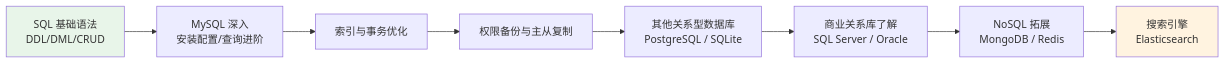
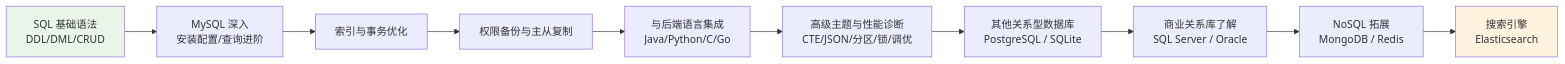
The diagram in 数据库/数据库目录.md (missercatos/RootStack), drawn with Mermaid before and after one commit. The commit also changed other lines of this file and 12 other files, not shown here.

````diff
--- a/数据库/数据库目录.md
+++ b/数据库/数据库目录.md
@@ -28,12 +28,14 @@
 ```mermaid
 flowchart LR
     A[SQL 基础语法<br>DDL/DML/CRUD] --> B[MySQL 深入<br>安装配置/查询进阶]
     B --> C[索引与事务优化]
     C --> D[权限备份与主从复制]
-    D --> E[其他关系型数据库<br>PostgreSQL / SQLite]
+    D --> D2[与后端语言集成<br>Java/Python/C/Go]
+    D2 --> D3[高级主题与性能诊断<br>CTE/JSON/分区/锁/调优]
+    D3 --> E[其他关系型数据库<br>PostgreSQL / SQLite]
     E --> F[商业关系库了解<br>SQL Server / Oracle]
     F --> G[NoSQL 拓展<br>MongoDB / Redis]
     G --> H[搜索引擎<br>Elasticsearch]
     style A fill:#e8f5e9
     style H fill:#fff3e0
 ```
````
